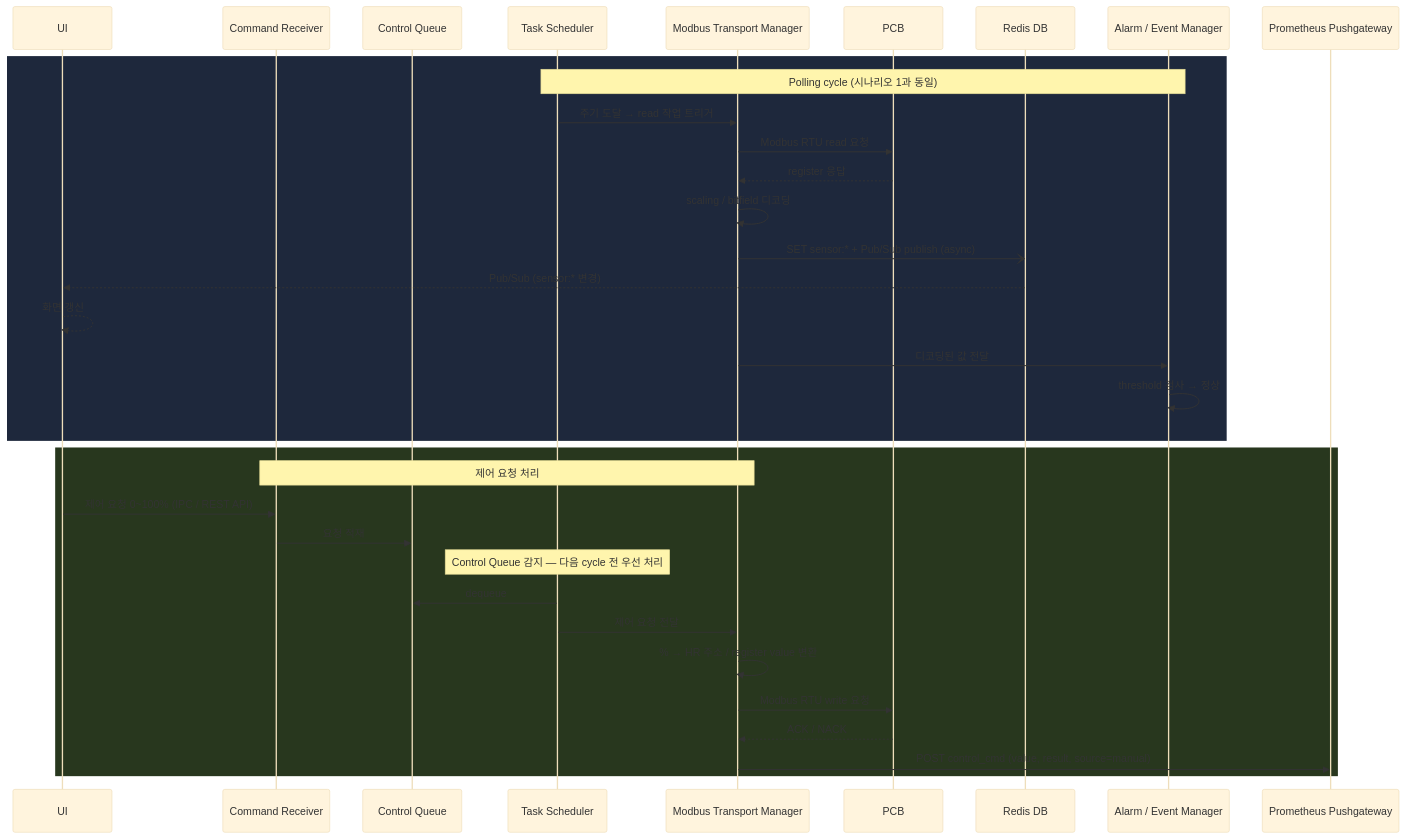
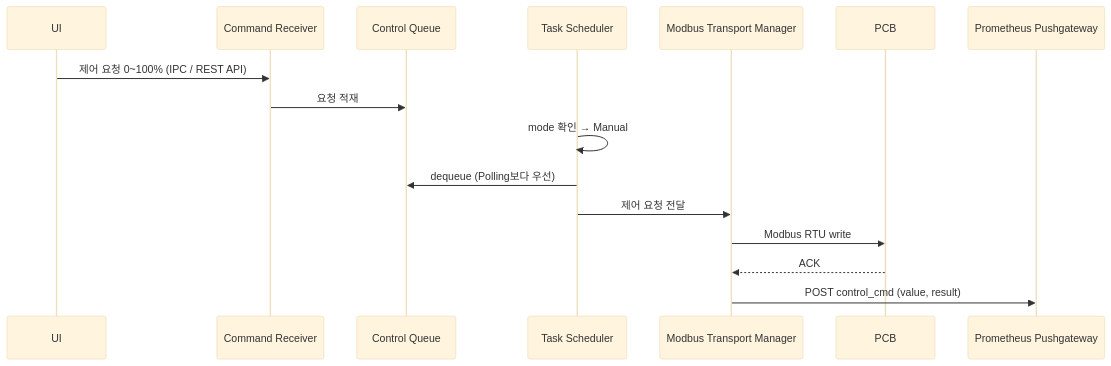
The second of 5 diagrams in docs/MCG.md (DEEPGadget/L2A_CDU_system), drawn with Mermaid (base theme) before and after one commit. The commit also changed other lines of this file and 3 other files, not shown here.

````diff
--- a/docs/MCG.md
+++ b/docs/MCG.md
@@ -227,38 +238,19 @@
 ```mermaid
 sequenceDiagram
     participant UI as UI
     participant CR as Command Receiver
     participant CQ as Control Queue
     participant TS as Task Scheduler
     participant MTM as Modbus Transport Manager
     participant PCB as PCB
-    participant Redis as Redis DB
-    participant AEM as Alarm / Event Manager
     participant PGW as Prometheus Pushgateway
 
-    rect rgb(30, 40, 60)
-        Note over TS,AEM: Polling cycle (시나리오 1과 동일)
-        TS->>MTM: 주기 도달 → read 작업 트리거
-        MTM->>PCB: Modbus RTU read 요청
-        PCB-->>MTM: register 응답
-        MTM->>MTM: scaling / bitfield 디코딩
-        MTM-)Redis: SET sensor:* + Pub/Sub publish (async)
-        Redis-->>UI: Pub/Sub (sensor:* 변경)
-        UI-->>UI: 화면 갱신
-        MTM->>AEM: 디코딩된 값 전달
-        AEM->>AEM: threshold 검사 → 정상
-    end
-
-    rect rgb(40, 55, 30)
-        Note over CR,MTM: 제어 요청 처리
-        UI->>CR: 제어 요청 0~100% (IPC / REST API)
-        CR->>CQ: 요청 적재
-        Note over TS: Control Queue 감지 — 다음 cycle 전 우선 처리
-        TS->>CQ: dequeue
-        TS->>MTM: 제어 요청 전달
-        MTM->>MTM: % → HR 주소 / register value 변환
-        MTM->>PCB: Modbus RTU write 요청
-        PCB-->>MTM: ACK / NACK
-        MTM->>PGW: POST control_cmd (value, result, source=manual)
-    end
+    UI->>CR: 제어 요청 0~100% (IPC / REST API)
+    CR->>CQ: 요청 적재
+    TS->>TS: mode 확인 → Manual
+    TS->>CQ: dequeue (Polling보다 우선)
+    TS->>MTM: 제어 요청 전달
+    MTM->>PCB: Modbus RTU write
+    PCB-->>MTM: ACK
+    MTM->>PGW: POST control_cmd (value, result)
 ```
````
